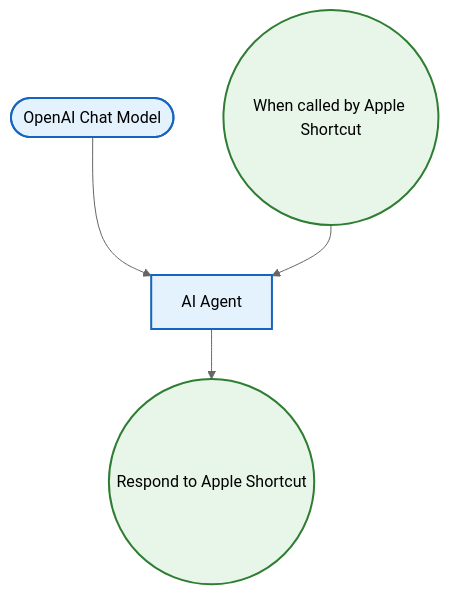
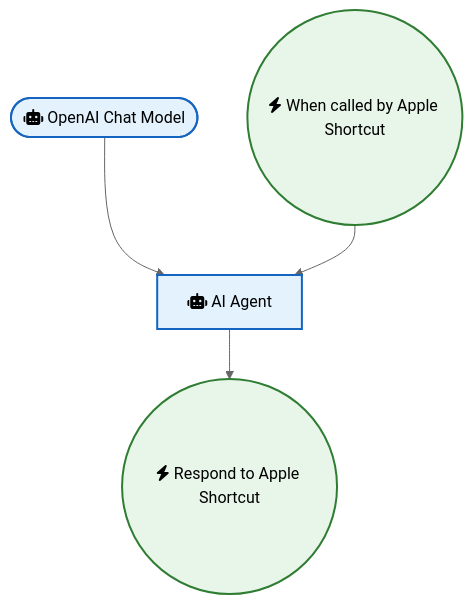
One commit to sreyash3105/N8N-DEMO-AUTOMATIONS changed the diagram in Other_Integrations_and_Use_Cases/Siri Ai Agent Apple Shortcuts Powered Voice Template.md. Above: the diagram before and after it, drawn with Mermaid (neutral theme). The commit also changed 291 other files, not shown here.

````diff
--- a/Other_Integrations_and_Use_Cases/Siri Ai Agent Apple Shortcuts Powered Voice Template.md
+++ b/Other_Integrations_and_Use_Cases/Siri Ai Agent Apple Shortcuts Powered Voice Template.md
@@ -1,15 +1,15 @@
 ```mermaid
 graph TD
     classDef trigger fill:#e8f5e9,stroke:#2e7d32,stroke-width:2px;
     classDef ai fill:#e3f2fd,stroke:#1565c0,stroke-width:2px;
     classDef logic fill:#fff3e0,stroke:#ef6c00,stroke-width:2px;
 
-    OpenAI_Chat_Model(["OpenAI Chat Model"]):::ai
-    Respond_to_Apple_Shortcut(("Respond to Apple Shortcut")):::trigger
-    AI_Agent["AI Agent"]:::ai
-    When_called_by_Apple_Shortcut(("When called by Apple Shortcut")):::trigger
+    OpenAI_Chat_Model(["fas:fa-robot OpenAI Chat Model"]):::ai
+    Respond_to_Apple_Shortcut(("fas:fa-bolt Respond to Apple Shortcut")):::trigger
+    AI_Agent["fas:fa-robot AI Agent"]:::ai
+    When_called_by_Apple_Shortcut(("fas:fa-bolt When called by Apple Shortcut")):::trigger
 
     AI_Agent --> Respond_to_Apple_Shortcut
     OpenAI_Chat_Model --> AI_Agent
     When_called_by_Apple_Shortcut --> AI_Agent
 ```
````
